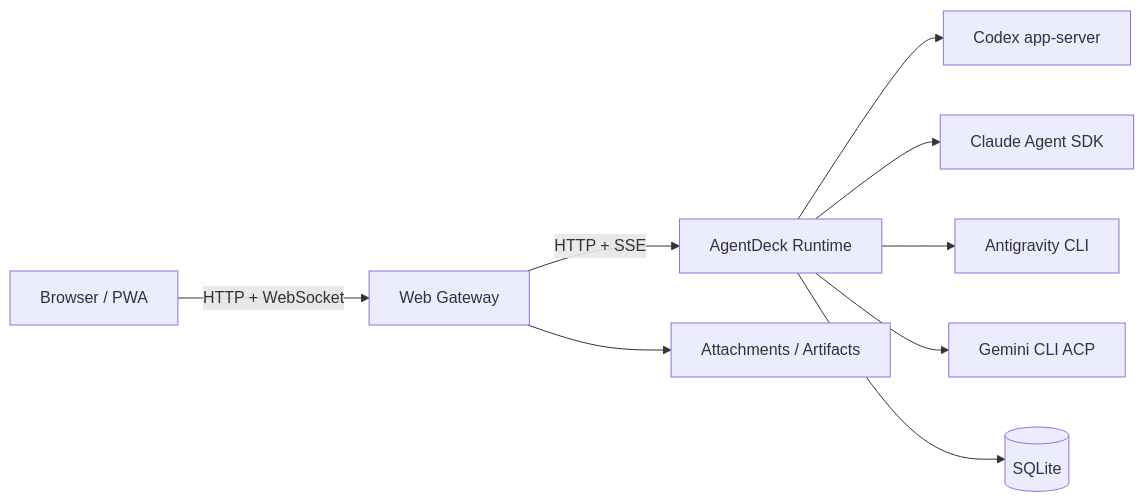
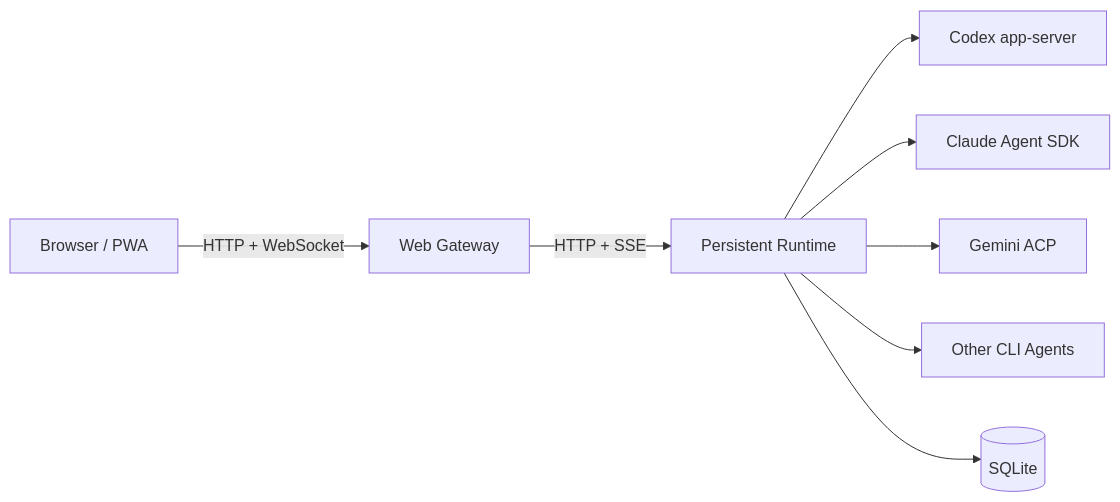
One commit to razuberiii/agentdeck changed the diagram in README.md. Above: the diagram before and after it, drawn with Mermaid. The commit also changed other lines of this file and 51 other files, not shown here.

First line of the commit message:
Polish AgentDeck workspace and live activity

````diff
--- a/README.md
+++ b/README.md
@@ -82,13 +80,10 @@
 ```mermaid
 flowchart LR
-    A[Browser / PWA] -->|HTTP + WebSocket| B[Web Gateway]
-    B -->|HTTP + SSE| C[AgentDeck Runtime]
-
-    C --> D[Codex app-server]
-    C --> E[Claude Agent SDK]
-    C --> F[Antigravity CLI]
-    C --> G[Gemini CLI ACP]
-
-    C --> H[(SQLite)]
-    B --> I[Attachments / Artifacts]
+    UI[Browser / PWA] -->|HTTP + WebSocket| Web[Web Gateway]
+    Web -->|HTTP + SSE| Runtime[Persistent Runtime]
+    Runtime --> Codex[Codex app-server]
+    Runtime --> Claude[Claude Agent SDK]
+    Runtime --> Gemini[Gemini ACP]
+    Runtime --> Other[Other CLI Agents]
+    Runtime --> DB[(SQLite)]
 ```
````
